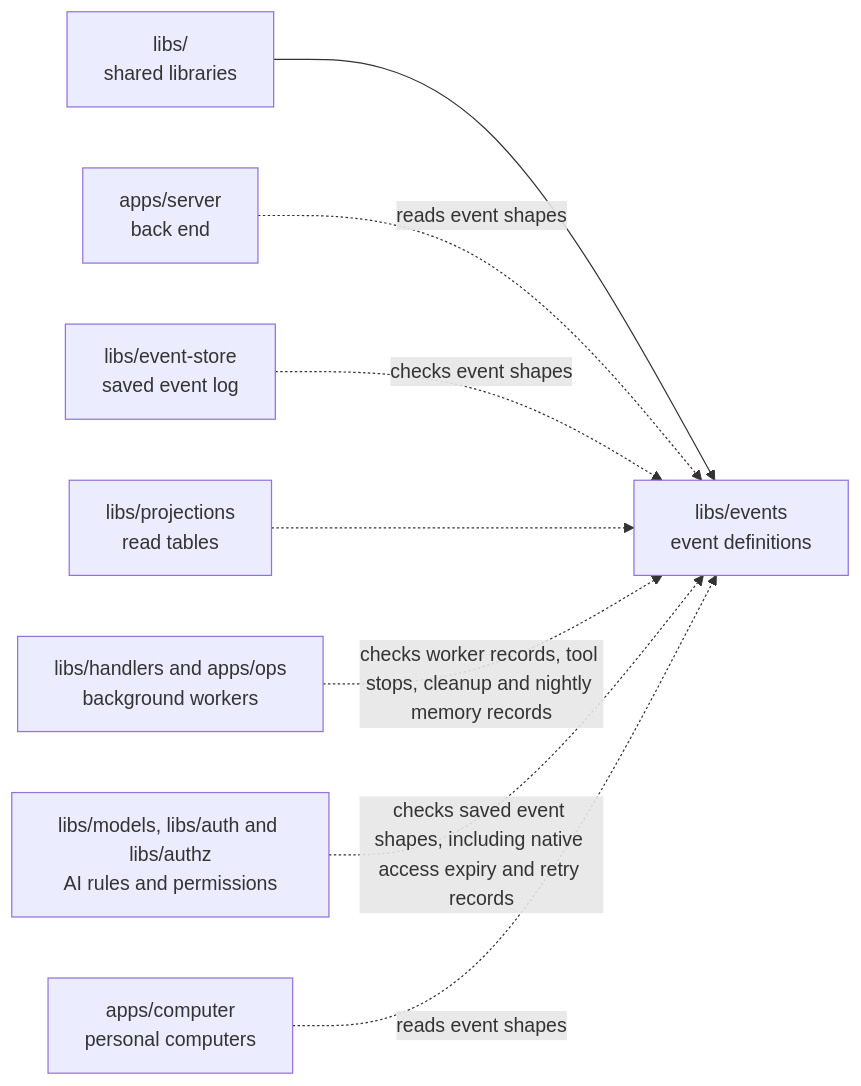
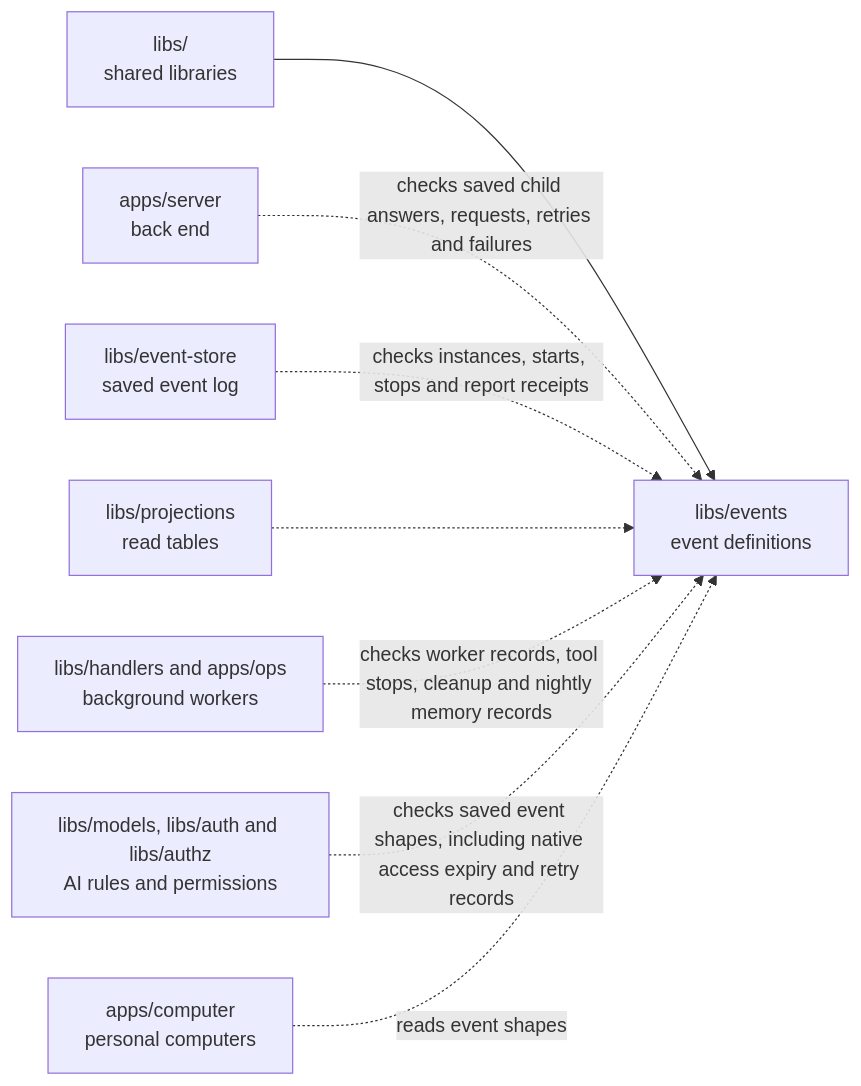
One commit to elewa-git/opencrane-new changed the diagram in libs/events/README.md. Above: the diagram before and after it, drawn with Mermaid. The commit also changed other lines of this file and 26 other files, not shown here.

Commit message:
🔁 Let requesters retry saved child start failures while children stay held

````diff
--- a/libs/events/README.md
+++ b/libs/events/README.md
@@ -17,10 +17,10 @@
 ```mermaid
 flowchart LR
   parent["libs/<br/>shared libraries"] --> events["libs/events<br/>event definitions"]
-  server["apps/server<br/>back end"] -.->|reads event shapes| events
-  store["libs/event-store<br/>saved event log"] -.->|checks event shapes| events
+  server["apps/server<br/>back end"] -.->|checks saved child answers, requests, retries and failures| events
+  store["libs/event-store<br/>saved event log"] -.->|checks instances, starts, stops and report receipts| events
   projections["libs/projections<br/>read tables"] -.-> events
   workers["libs/handlers and apps/ops<br/>background workers"] -.->|checks worker records, tool stops, cleanup and nightly memory records| events
   models["libs/models, libs/auth and libs/authz<br/>AI rules and permissions"] -.->|checks saved event shapes, including native access expiry and retry records| events
   computer["apps/computer<br/>personal computers"] -.->|reads event shapes| events
 ```
````
